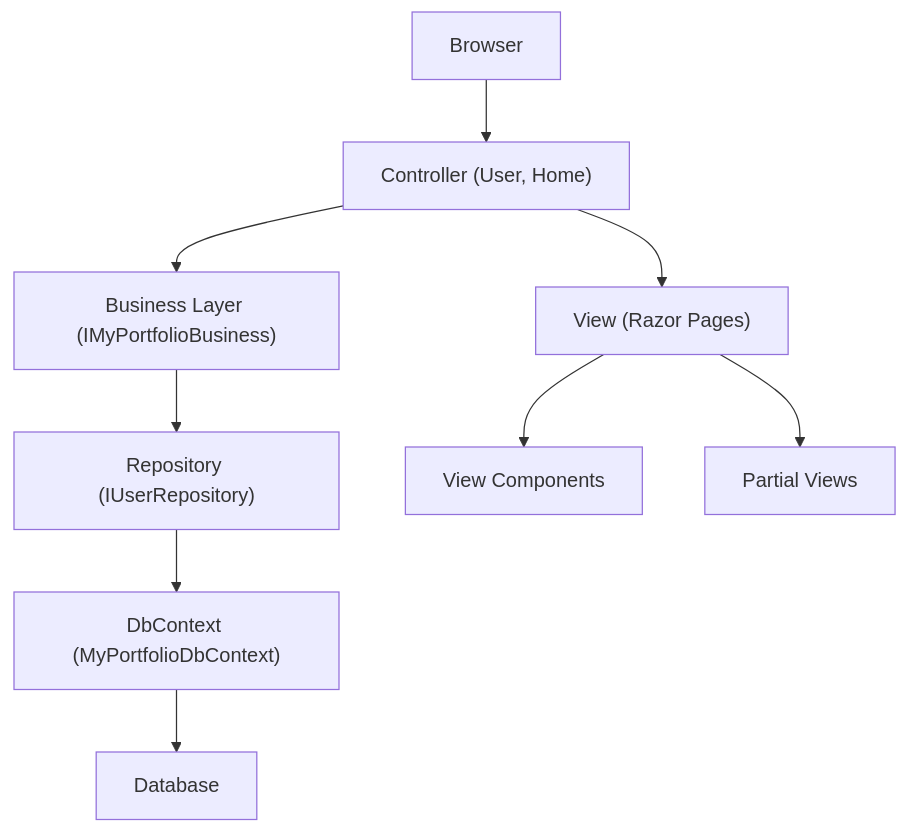
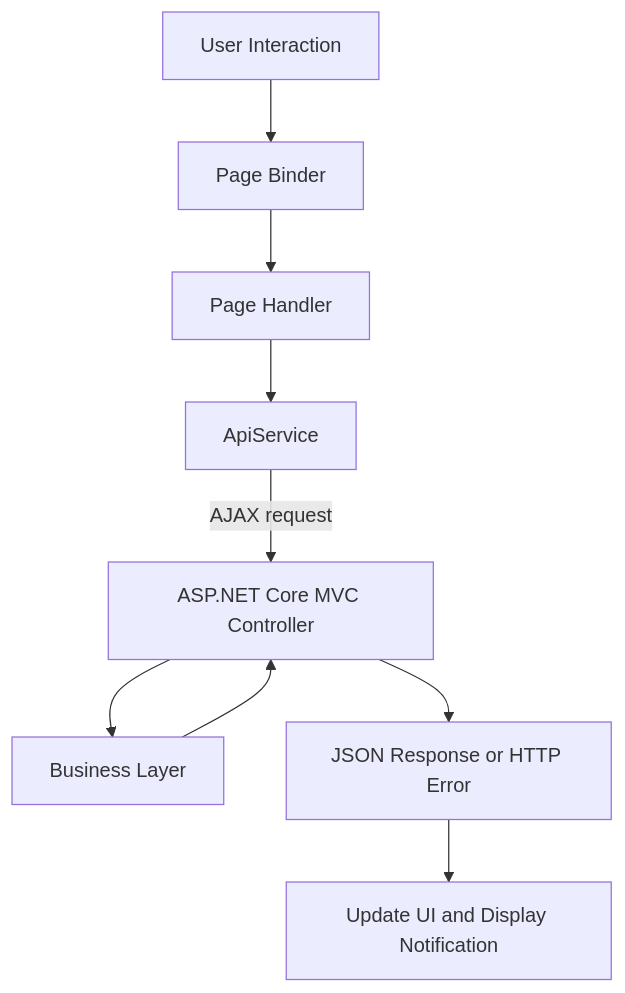
One commit to Kiran9684/MyPortfolio changed the second of 2 diagrams in README.md. Above: the diagram before and after it, drawn with Mermaid. The commit also changed other lines of this file and 1 other file, not shown here.

First line of the commit message:
Update documentation: README and request processing

````diff
--- a/README.md
+++ b/README.md
@@ -80,11 +200,20 @@
 ```mermaid
 flowchart TD
-    A["Browser"] --> B["Controller (User, Home)"]
-    B --> C["Business Layer (IMyPortfolioBusiness)"]
-    C --> D["Repository (IUserRepository)"]
-    D --> E["DbContext (MyPortfolioDbContext)"]
-    E --> F["Database"]
-    B --> G["View (Razor Pages)"]
-    G --> H["View Components"]
-    G --> I["Partial Views"]
+    User["User Interaction"]
+    Binder["Page Binder"]
+    Handler["Page Handler"]
+    Service["ApiService"]
+    Controller["ASP.NET Core MVC Controller"]
+    Business["Business Layer"]
+    Result["JSON Response or HTTP Error"]
+    UI["Update UI and Display Notification"]
+
+    User --> Binder
+    Binder --> Handler
+    Handler --> Service
+    Service -->|"AJAX request"| Controller
+    Controller --> Business
+    Business --> Controller
+    Controller --> Result
+    Result --> UI
 ```
````
